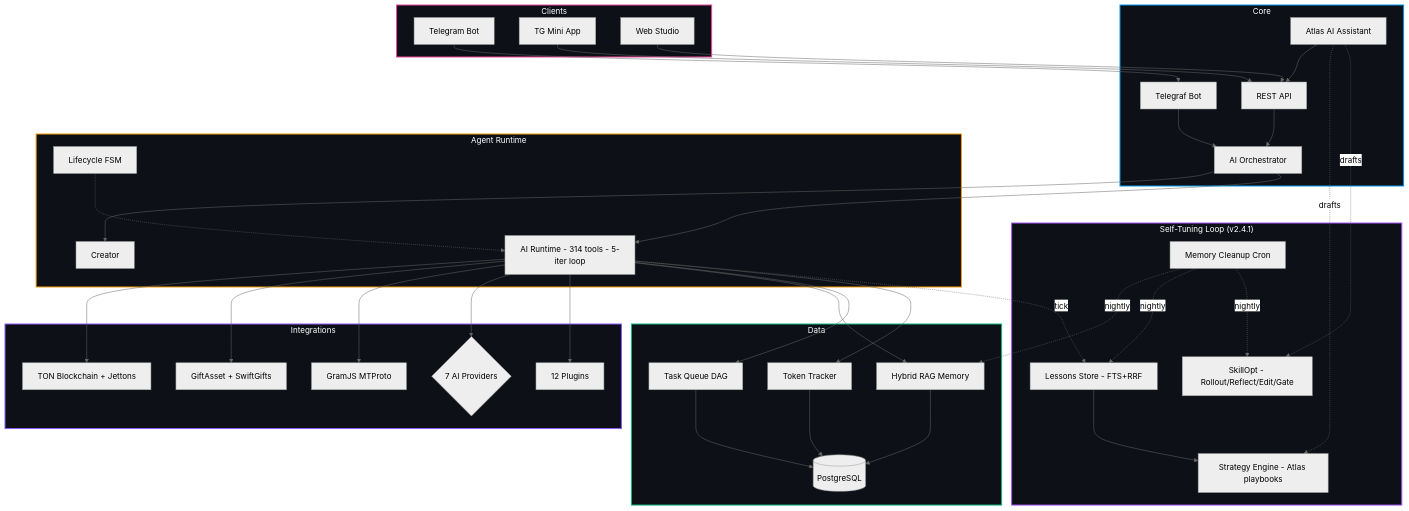
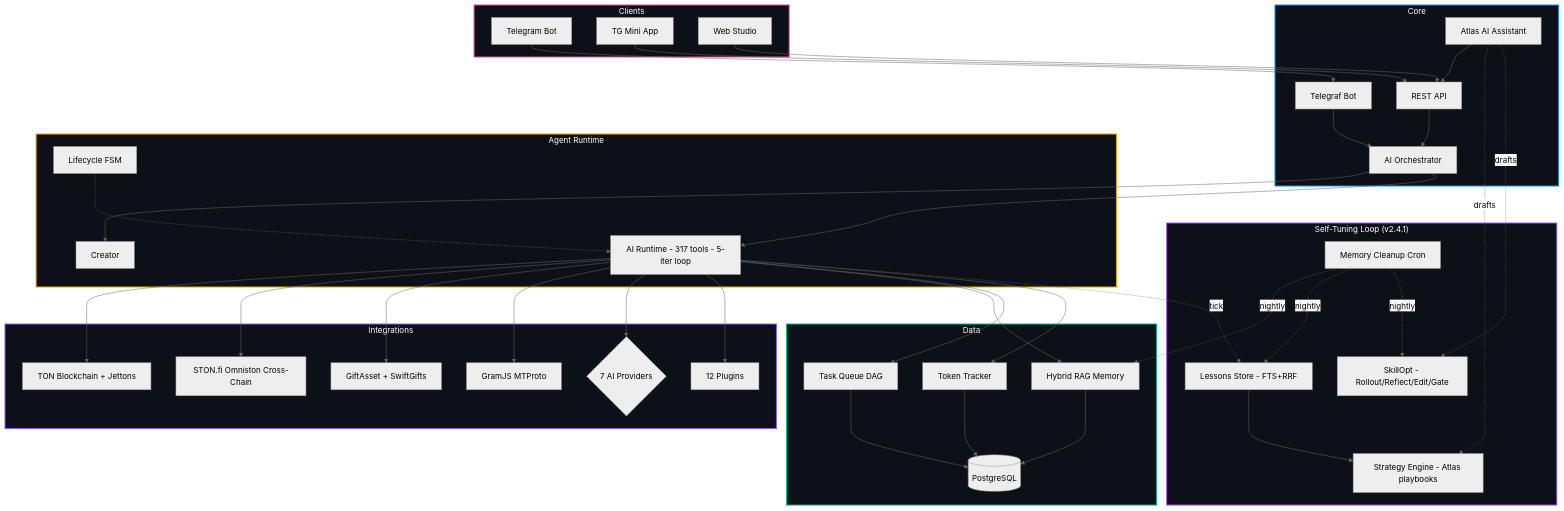
The diagram in README.md (uheartattack/TonAgentPlatform), drawn with Mermaid (neutral theme) before and after one commit. The commit also changed other lines of this file and 4 other files, not shown here.

First line of the commit message:
docs(repo): surface Omniston cross-chain, bump to v2.4.2, tidy gitignore

````diff
--- a/README.md
+++ b/README.md
@@ -134,63 +137,64 @@
 ```mermaid
 graph TB
     subgraph Clients["Clients"]
         TG[Telegram Bot]
         MiniApp[TG Mini App]
         Web[Web Studio]
     end
 
     subgraph Core["Core"]
         Bot[Telegraf Bot]
         API[REST API]
         Orch[AI Orchestrator]
         Atlas[Atlas AI Assistant]
     end
 
     subgraph Runtime["Agent Runtime"]
         Creator[Creator]
-        AIRuntime[AI Runtime - 314 tools - 5-iter loop]
+        AIRuntime[AI Runtime - 317 tools - 5-iter loop]
         Lifecycle[Lifecycle FSM]
     end
 
     subgraph Learning["Self-Tuning Loop (v2.4.1)"]
         Lessons[Lessons Store - FTS+RRF]
         Strategies[Strategy Engine - Atlas playbooks]
         SkillOpt[SkillOpt - Rollout/Reflect/Edit/Gate]
         Cleanup[Memory Cleanup Cron]
     end
 
     subgraph Data["Data"]
         DB[(PostgreSQL)]
         Memory[Hybrid RAG Memory]
         Tasks[Task Queue DAG]
         Tokens[Token Tracker]
     end
 
     subgraph Integrations["Integrations"]
         TON[TON Blockchain + Jettons]
+        Omniston[STON.fi Omniston Cross-Chain]
         Gifts[GiftAsset + SwiftGifts]
         Userbot[GramJS MTProto]
         AI{7 AI Providers}
         Plugins[12 Plugins]
     end
 
     TG --> Bot --> Orch
     MiniApp --> API
     Web --> API --> Orch
     Atlas --> API
     Orch --> Creator & AIRuntime
-    AIRuntime --> TON & Gifts & Userbot & AI & Plugins
+    AIRuntime --> TON & Omniston & Gifts & Userbot & AI & Plugins
     AIRuntime --> Memory & Tasks & Tokens --> DB
     AIRuntime -.tick.-> Lessons
     Lessons --> Strategies
     Atlas -.drafts.-> Strategies & SkillOpt
     Cleanup -.nightly.-> Memory & Lessons & SkillOpt
     Lifecycle -.-> AIRuntime
 
     style Core fill:#0d1117,stroke:#0098EA,stroke-width:2px,color:#fff
     style Runtime fill:#0d1117,stroke:#f59e0b,stroke-width:2px,color:#fff
     style Learning fill:#0d1117,stroke:#a855f7,stroke-width:2px,color:#fff
     style Data fill:#0d1117,stroke:#10b981,stroke-width:2px,color:#fff
     style Integrations fill:#0d1117,stroke:#8b5cf6,stroke-width:2px,color:#fff
     style Clients fill:#0d1117,stroke:#ec4899,stroke-width:2px,color:#fff
 ```
````
